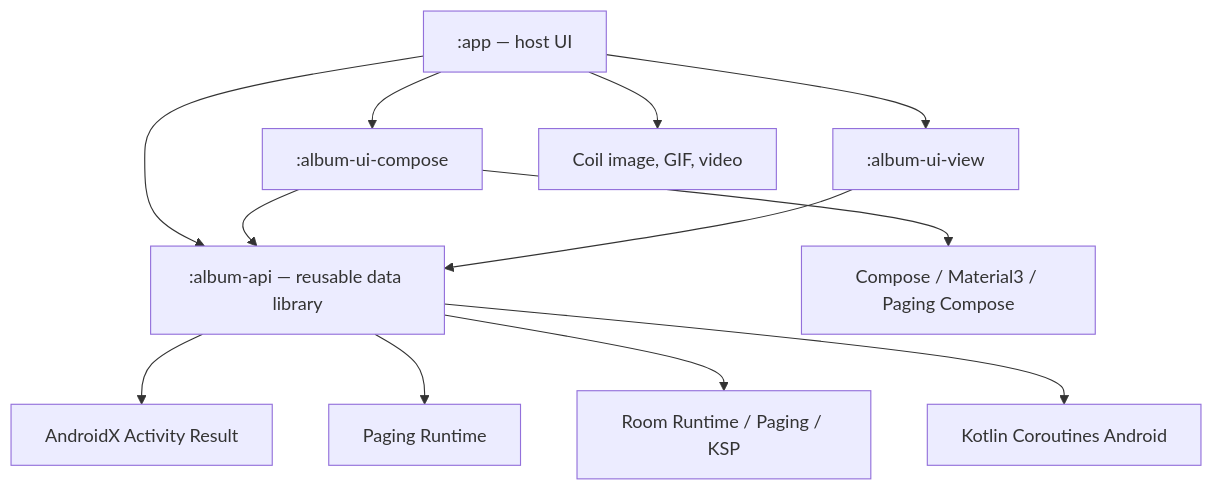
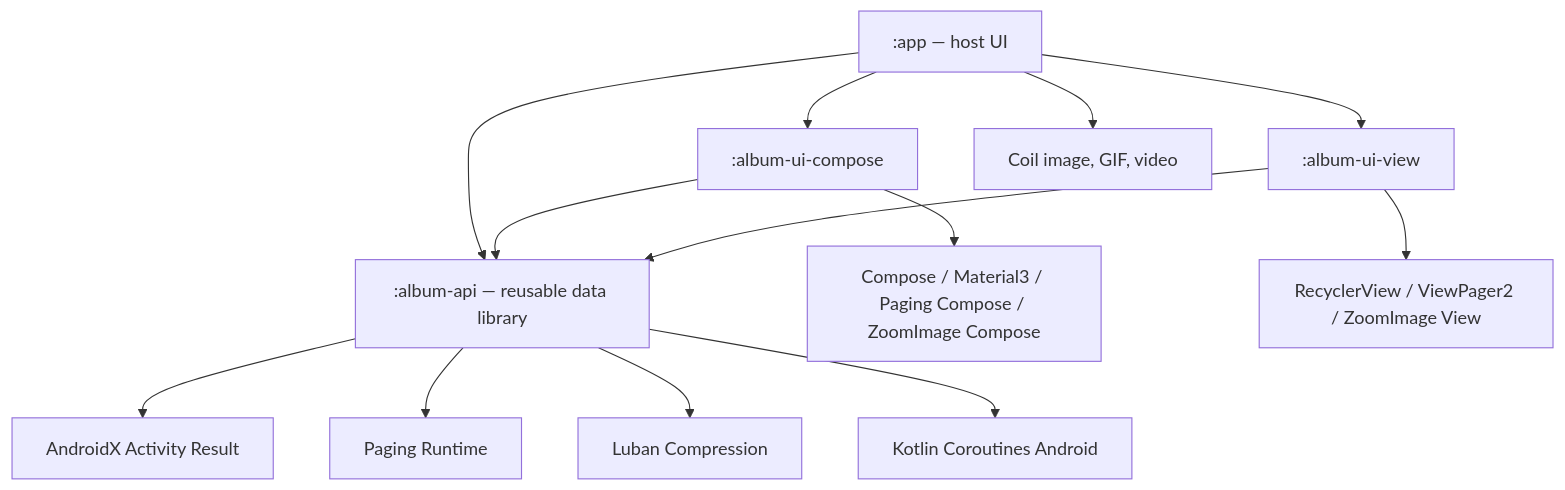
One commit to sceneren/Album changed the diagram in .codex/references/dependencies.md. Above: the diagram before and after it, drawn with Mermaid. The commit also changed other lines of this file and 100 other files, not shown here.

Commit message:
refactor(album-api): 移除 Room 持久化存储并改为系统 URI 授权分页

````diff
--- a/.codex/references/dependencies.md
+++ b/.codex/references/dependencies.md
@@ -5,14 +5,15 @@
 ```mermaid
 graph TD
     App[":app — host UI"] --> Api[":album-api — reusable data library"]
     App --> ComposeUI[":album-ui-compose"]
     App --> ViewUI[":album-ui-view"]
     ComposeUI --> Api
     ViewUI --> Api
-    ComposeUI --> Compose["Compose / Material3 / Paging Compose"]
+    ComposeUI --> Compose["Compose / Material3 / Paging Compose / ZoomImage Compose"]
+    ViewUI --> ViewDeps["RecyclerView / ViewPager2 / ZoomImage View"]
     App --> Coil["Coil image, GIF, video"]
     Api --> Activity["AndroidX Activity Result"]
     Api --> Paging["Paging Runtime"]
-    Api --> Room["Room Runtime / Paging / KSP"]
+    Api --> Luban["Luban Compression"]
     Api --> Coroutines["Kotlin Coroutines Android"]
 ```
````
